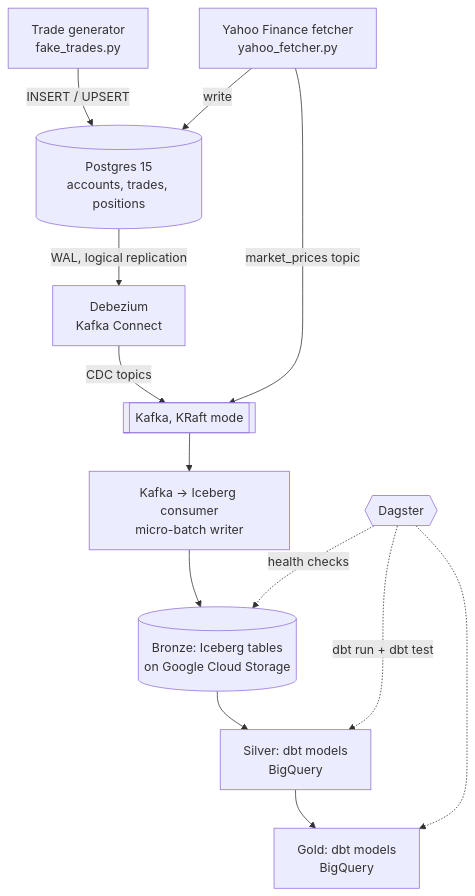
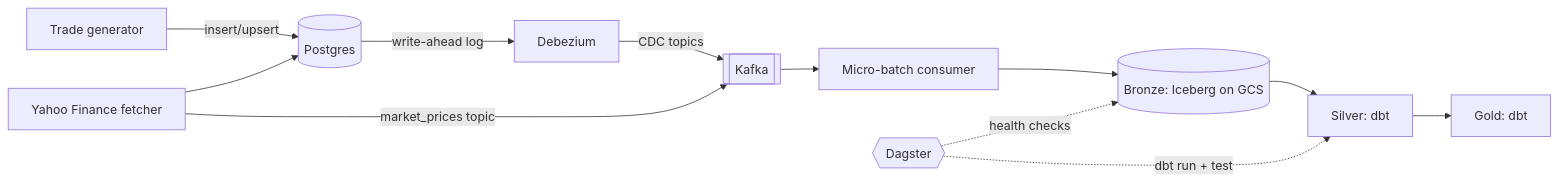
One commit to devanshi4/market-pulse changed the diagram in README.md. Above: the diagram before and after it, drawn with Mermaid. The commit also changed other lines of this file and 21 other files, not shown here.

````diff
--- a/README.md
+++ b/README.md
@@ -7,15 +17,14 @@
 ```mermaid
-flowchart TD
-    A[Trade generator<br/>fake_trades.py] -->|INSERT / UPSERT| B[(Postgres 15<br/>accounts, trades, positions)]
-    Y[Yahoo Finance fetcher<br/>yahoo_fetcher.py] -->|write| B
-    B -->|WAL, logical replication| D[Debezium<br/>Kafka Connect]
-    D -->|CDC topics| K[[Kafka, KRaft mode]]
+flowchart LR
+    A[Trade generator] -->|insert/upsert| B[(Postgres)]
+    Y[Yahoo Finance fetcher] --> B
+    B -->|write-ahead log| D[Debezium]
+    D -->|CDC topics| K[[Kafka]]
     Y -->|market_prices topic| K
-    K --> C[Kafka → Iceberg consumer<br/>micro-batch writer]
-    C --> I[(Bronze: Iceberg tables<br/>on Google Cloud Storage)]
-    I --> S[Silver: dbt models<br/>BigQuery]
-    S --> G[Gold: dbt models<br/>BigQuery]
+    K --> C[Micro-batch consumer]
+    C --> I[(Bronze: Iceberg on GCS)]
+    I --> S[Silver: dbt]
+    S --> G[Gold: dbt]
     O{{Dagster}} -.->|health checks| I
-    O -.->|dbt run + dbt test| S
-    O -.-> G
+    O -.->|dbt run + test| S
 ```
````
